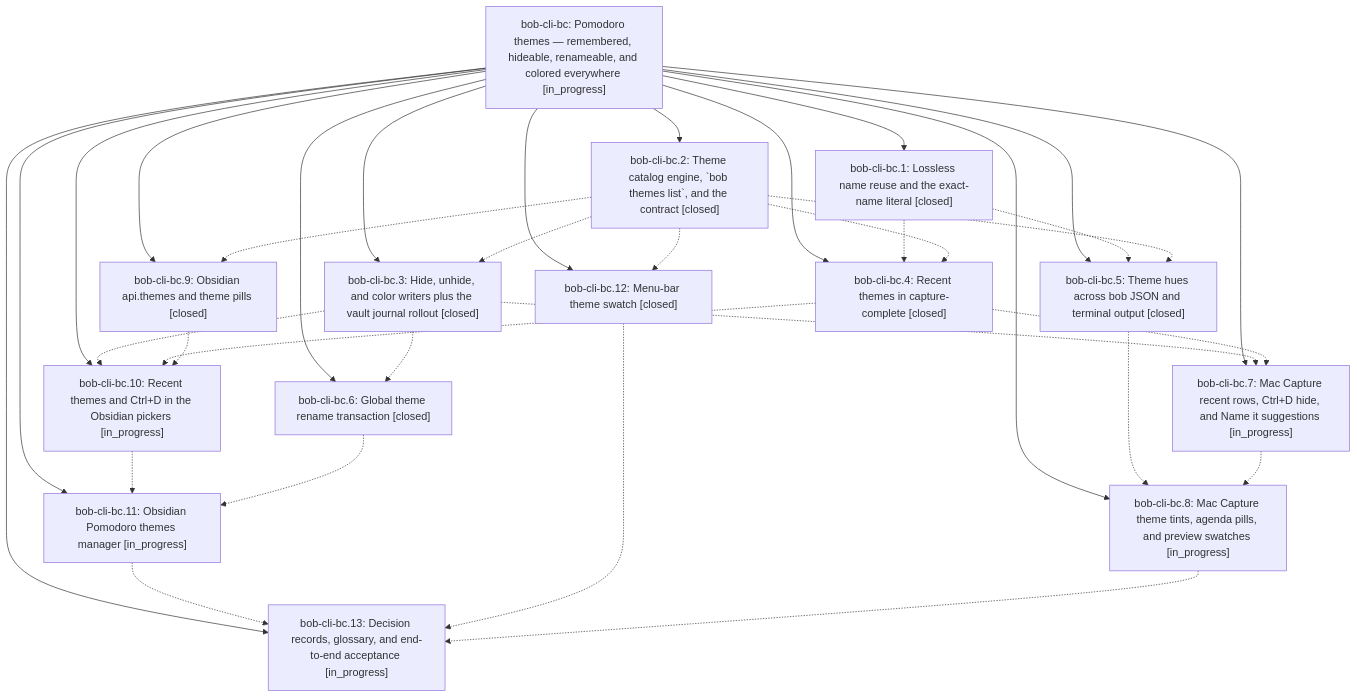
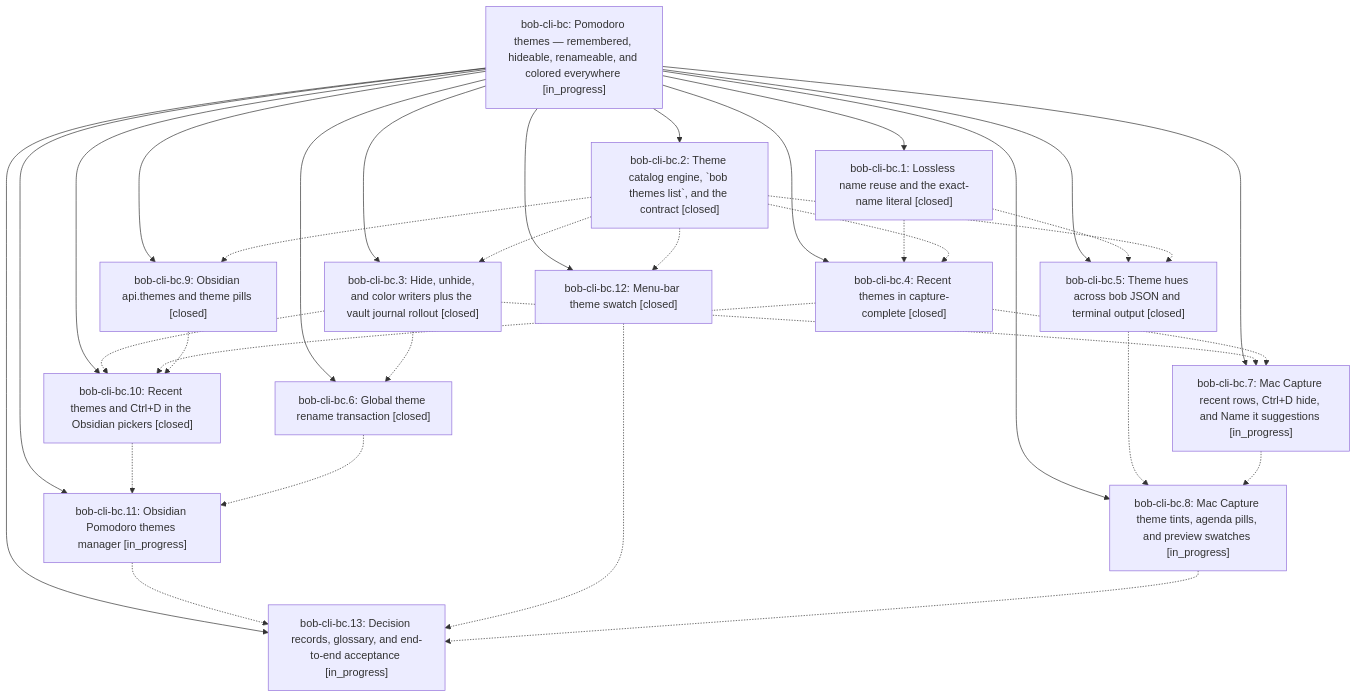
One commit to bobs-org/bob-cli--beads changed the diagram in pages/bob-cli-bc/README.md. Above: the diagram before and after it, drawn with Mermaid. The commit also changed other lines of this file and 6 other files, not shown here.

First line of the commit message:
chore(beads): sync bead state and pages for bob-cli-bc

````diff
--- a/pages/bob-cli-bc/README.md
+++ b/pages/bob-cli-bc/README.md
@@ -54,50 +56,50 @@
 ```mermaid
 flowchart TD
     n0["bob-cli-bc: Pomodoro themes — remembered, hideable, renameable, and colored everywhere [in_progress]"]
     n1["bob-cli-bc.1: Lossless name reuse and the exact-name literal [closed]"]
-    n2["bob-cli-bc.10: Recent themes and Ctrl+D in the Obsidian pickers [in_progress]"]
+    n2["bob-cli-bc.10: Recent themes and Ctrl+D in the Obsidian pickers [closed]"]
     n3["bob-cli-bc.11: Obsidian Pomodoro themes manager [in_progress]"]
     n4["bob-cli-bc.12: Menu-bar theme swatch [closed]"]
     n5["bob-cli-bc.13: Decision records, glossary, and end-to-end acceptance [in_progress]"]
     n6["bob-cli-bc.2: Theme catalog engine, `bob themes list`, and the contract [closed]"]
     n7["bob-cli-bc.3: Hide, unhide, and color writers plus the vault journal rollout [closed]"]
     n8["bob-cli-bc.4: Recent themes in capture-complete [closed]"]
     n9["bob-cli-bc.5: Theme hues across bob JSON and terminal output [closed]"]
     n10["bob-cli-bc.6: Global theme rename transaction [closed]"]
     n11["bob-cli-bc.7: Mac Capture recent rows, Ctrl+D hide, and Name it suggestions [in_progress]"]
     n12["bob-cli-bc.8: Mac Capture theme tints, agenda pills, and preview swatches [in_progress]"]
     n13["bob-cli-bc.9: Obsidian api.themes and theme pills [closed]"]
     n0 --> n1
     n0 --> n2
     n0 --> n3
     n0 --> n4
     n0 --> n5
     n0 --> n6
     n0 --> n7
     n0 --> n8
     n0 --> n9
     n0 --> n10
     n0 --> n11
     n0 --> n12
     n0 --> n13
     n1 -.-> n8
     n1 -.-> n9
     n2 -.-> n3
     n3 -.-> n5
     n4 -.-> n5
     n6 -.-> n4
     n6 -.-> n7
     n6 -.-> n8
     n6 -.-> n9
     n6 -.-> n13
     n7 -.-> n2
     n7 -.-> n10
     n7 -.-> n11
     n8 -.-> n2
     n8 -.-> n11
     n9 -.-> n12
     n10 -.-> n3
     n11 -.-> n12
     n12 -.-> n5
     n13 -.-> n2
 ```
````
